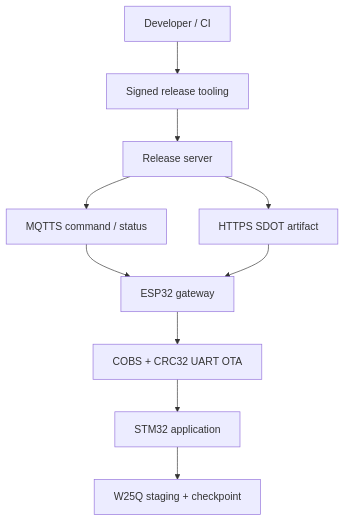
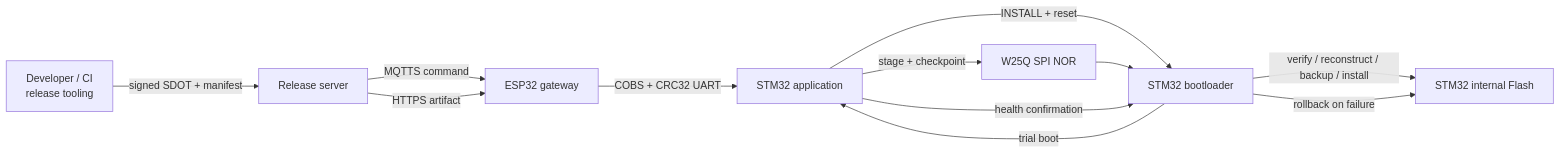
The diagram in README.md (haikevins/secure-delta-ota-bootloader), drawn with Mermaid before and after one commit. The commit also changed other lines of this file and 1 other file, not shown here.

````diff
--- a/README.md
+++ b/README.md
@@ -49,12 +41,14 @@
 ```mermaid
-flowchart TB
-    DEV["Developer / CI"] --> REL["Signed release tooling"]
-    REL --> SRV["Release server"]
-    SRV --> CMD["MQTTS command / status"]
-    SRV --> ART["HTTPS SDOT artifact"]
-    CMD --> GW["ESP32 gateway"]
-    ART --> GW
-    GW --> UART["COBS + CRC32 UART OTA"]
-    UART --> APP["STM32 application"]
-    APP --> EXT["W25Q staging + checkpoint"]
+flowchart LR
+    CI["Developer / CI\nrelease tooling"] -->|"signed SDOT + manifest"| SERVER["Release server"]
+    SERVER -->|"MQTTS command"| ESP["ESP32 gateway"]
+    SERVER -->|"HTTPS artifact"| ESP
+    ESP -->|"COBS + CRC32 UART"| APP["STM32 application"]
+    APP -->|"stage + checkpoint"| NOR["W25Q SPI NOR"]
+    APP -->|"INSTALL + reset"| BOOT["STM32 bootloader"]
+    NOR --> BOOT
+    BOOT -->|"verify / reconstruct / backup / install"| FLASH["STM32 internal Flash"]
+    BOOT -->|"trial boot"| APP
+    APP -->|"health confirmation"| BOOT
+    BOOT -->|"rollback on failure"| FLASH
 ```
````
